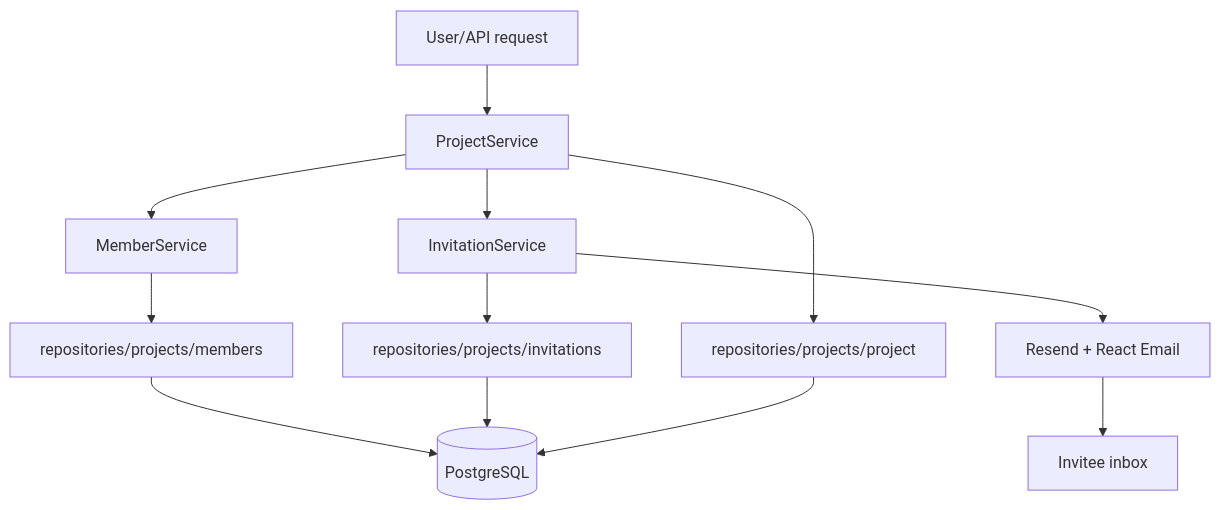
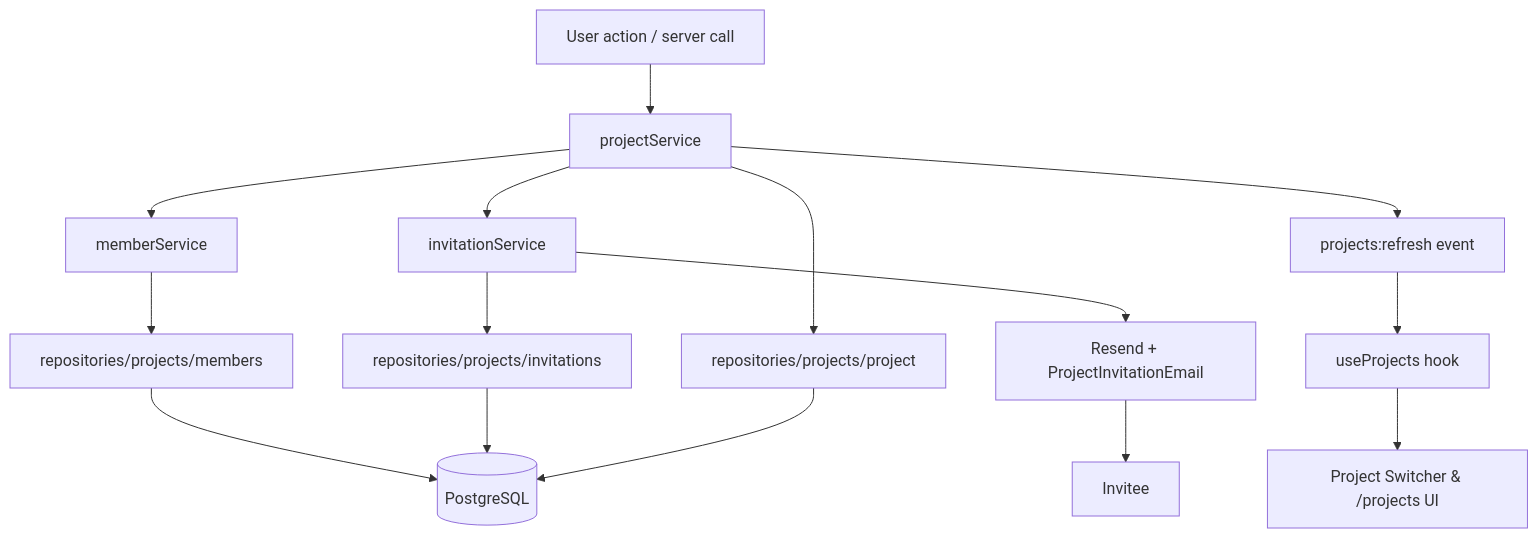
The diagram in content/docs/flows/projects.mdx (veD-tnayrB/saas-starter), drawn with Mermaid before and after one commit. The commit also changed other lines of this file and 1 other file, not shown here.

First line of the commit message:
docs: update dashboard and projects flow documentation for clarity and detail

````diff
--- a/content/docs/flows/projects.mdx
+++ b/content/docs/flows/projects.mdx
@@ -74,12 +99,15 @@
 ```mermaid
 flowchart TD
-  A[User/API request] --> B[ProjectService]
-  B --> C[MemberService]
-  B --> D[InvitationService]
+  A[User action / server call] --> B[projectService]
+  B --> C[memberService]
+  B --> D[invitationService]
   C --> E[repositories/projects/members]
   D --> F[repositories/projects/invitations]
   B --> G[repositories/projects/project]
-  D --> H[Resend + React Email]
+  D --> H[Resend + ProjectInvitationEmail]
   E & F & G --> I[(PostgreSQL)]
-  H --> J[Invitee inbox]
+  H --> J[Invitee]
+  B --> K[projects:refresh event]
+  K --> L[useProjects hook]
+  L --> M[Project Switcher & /projects UI]
 ```
````
